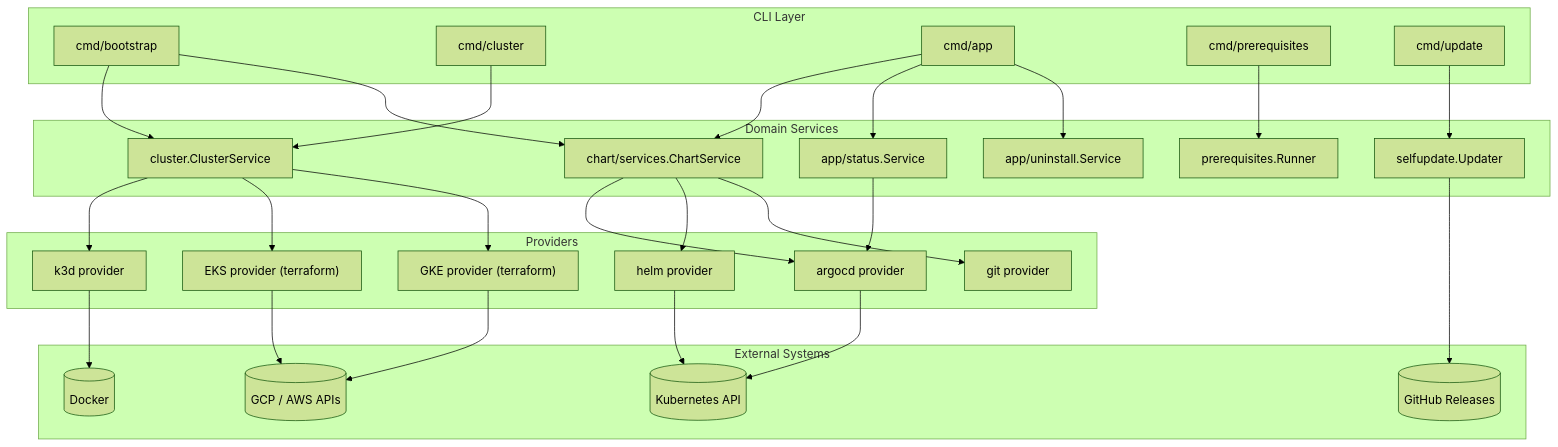
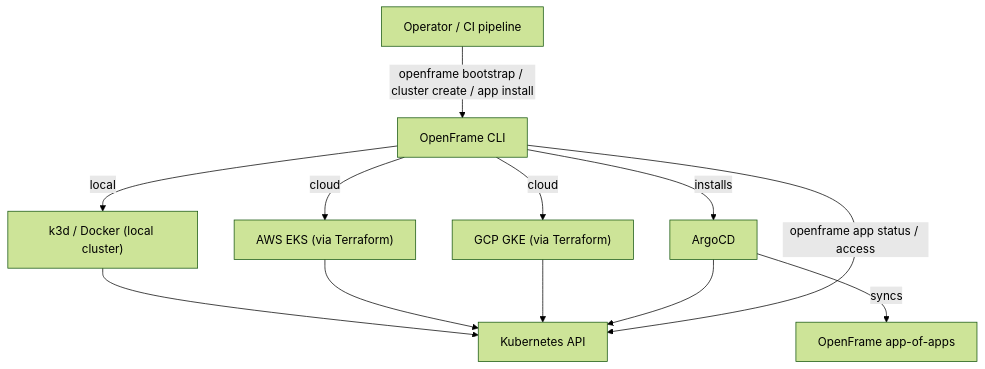
The diagram in docs/getting-started/introduction.md (flamingo-stack/openframe-cli), drawn with Mermaid (forest theme) before and after one commit. The commit also changed other lines of this file and 16 other files, not shown here.

````diff
--- a/docs/getting-started/introduction.md
+++ b/docs/getting-started/introduction.md
@@ -47,59 +35,23 @@
 ```mermaid
-graph TB
-    subgraph "CLI Layer"
-        Bootstrap["cmd/bootstrap"]
-        Cluster["cmd/cluster"]
-        App["cmd/app"]
-        Prereq["cmd/prerequisites"]
-        Update["cmd/update"]
-    end
+flowchart TB
+    User["Operator / CI pipeline"]
+    CLI["OpenFrame CLI"]
+    K3d["k3d / Docker (local cluster)"]
+    EKS["AWS EKS (via Terraform)"]
+    GKE["GCP GKE (via Terraform)"]
+    K8s["Kubernetes API"]
+    ArgoCD["ArgoCD"]
+    Apps["OpenFrame app-of-apps"]
 
-    subgraph "Domain Services"
-        ClusterSvc["cluster.ClusterService"]
-        ChartSvc["chart/services.ChartService"]
-        AppStatus["app/status.Service"]
-        AppUninstall["app/uninstall.Service"]
-        PrereqFw["prerequisites.Runner"]
-        SelfUpdate["selfupdate.Updater"]
-    end
-
-    subgraph "Providers"
-        K3d["k3d provider"]
-        EKS["EKS provider (terraform)"]
-        GKE["GKE provider (terraform)"]
-        ArgoCD["argocd provider"]
-        Helm["helm provider"]
-        Git["git provider"]
-    end
-
-    subgraph "External Systems"
-        Docker[("Docker")]
-        K8sAPI[("Kubernetes API")]
-        CloudAPI[("GCP / AWS APIs")]
-        GitHubRel[("GitHub Releases")]
-    end
-
-    Bootstrap --> ClusterSvc
-    Bootstrap --> ChartSvc
-    Cluster --> ClusterSvc
-    App --> ChartSvc
-    App --> AppStatus
-    App --> AppUninstall
-    Prereq --> PrereqFw
-    Update --> SelfUpdate
-
-    ClusterSvc --> K3d
-    ClusterSvc --> EKS
-    ClusterSvc --> GKE
-    ChartSvc --> ArgoCD
-    ChartSvc --> Helm
-    ChartSvc --> Git
-    AppStatus --> ArgoCD
-
-    K3d --> Docker
-    EKS --> CloudAPI
-    GKE --> CloudAPI
-    ArgoCD --> K8sAPI
-    Helm --> K8sAPI
-    SelfUpdate --> GitHubRel
+    User -->|"openframe bootstrap / cluster create / app install"| CLI
+    CLI -->|"local"| K3d
+    CLI -->|"cloud"| EKS
+    CLI -->|"cloud"| GKE
+    K3d --> K8s
+    EKS --> K8s
+    GKE --> K8s
+    CLI -->|"installs"| ArgoCD
+    ArgoCD -->|"syncs"| Apps
+    ArgoCD --> K8s
+    CLI -->|"openframe app status / access"| K8s
 ```
````
